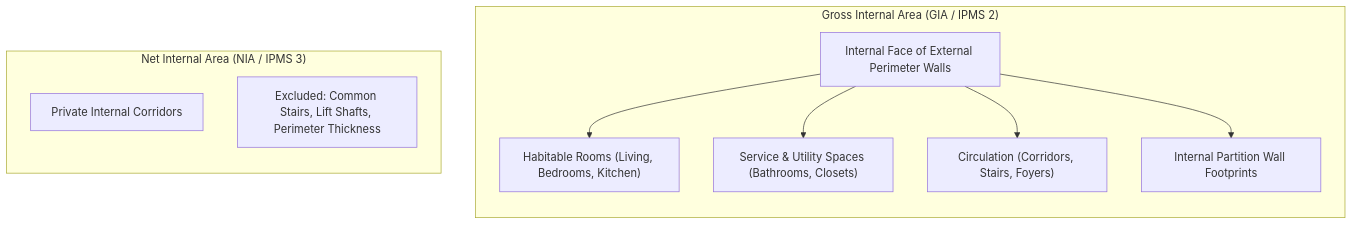
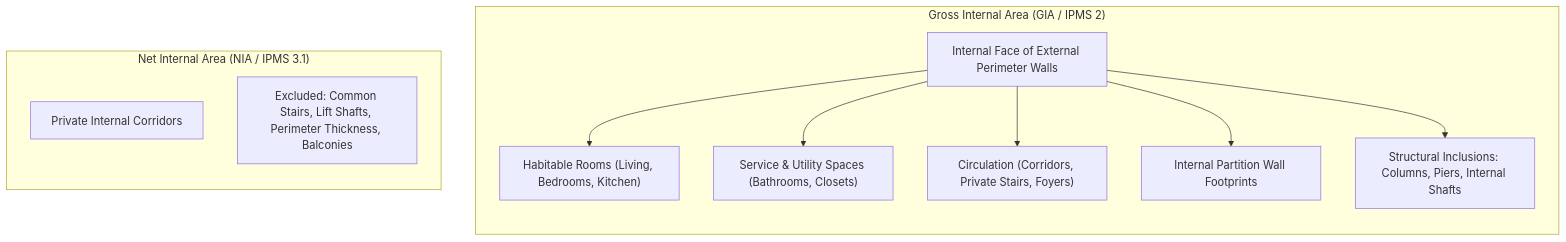
One commit to AnishaPaturi/HomeVerse changed the first of 2 diagrams in docs/architecture/g6_property_area_and_cost_spec.md. Above: the diagram before and after it, drawn with Mermaid. The commit also changed other lines of this file and 6 other files, not shown here.

````diff
--- a/docs/architecture/g6_property_area_and_cost_spec.md
+++ b/docs/architecture/g6_property_area_and_cost_spec.md
@@ -26,18 +29,19 @@
 ```mermaid
 flowchart TD
     subgraph GIA_DEF["Gross Internal Area (GIA / IPMS 2)"]
         direction TB
         EXT["Internal Face of External Perimeter Walls"]
         EXT --> HAB["Habitable Rooms (Living, Bedrooms, Kitchen)"]
         EXT --> UTIL["Service & Utility Spaces (Bathrooms, Closets)"]
-        EXT --> CIRC["Circulation (Corridors, Stairs, Foyers)"]
+        EXT --> CIRC["Circulation (Corridors, Private Stairs, Foyers)"]
         EXT --> PART["Internal Partition Wall Footprints"]
+        EXT --> STRUCT["Structural Inclusions: Columns, Piers, Internal Shafts"]
     end
     
-    subgraph NIA_DEF["Net Internal Area (NIA / IPMS 3)"]
+    subgraph NIA_DEF["Net Internal Area (NIA / IPMS 3.1)"]
         direction TB
         HAB
         CIRC_PRIV["Private Internal Corridors"]
-        EXCL["Excluded: Common Stairs, Lift Shafts, Perimeter Thickness"]
+        EXCL["Excluded: Common Stairs, Lift Shafts, Perimeter Thickness, Balconies"]
     end
 ```
````
